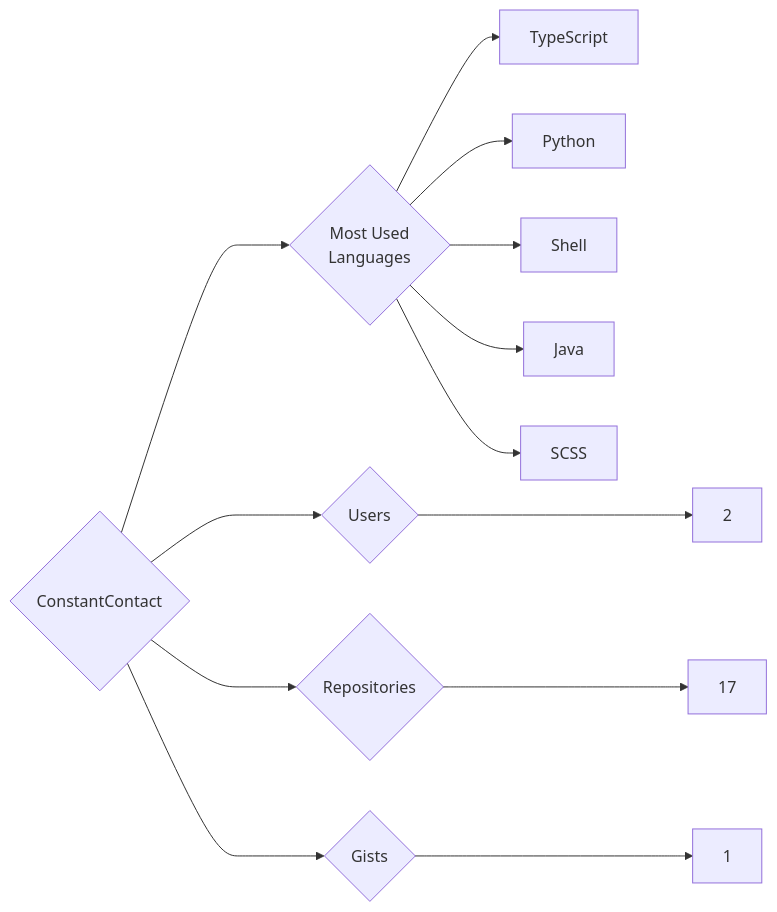
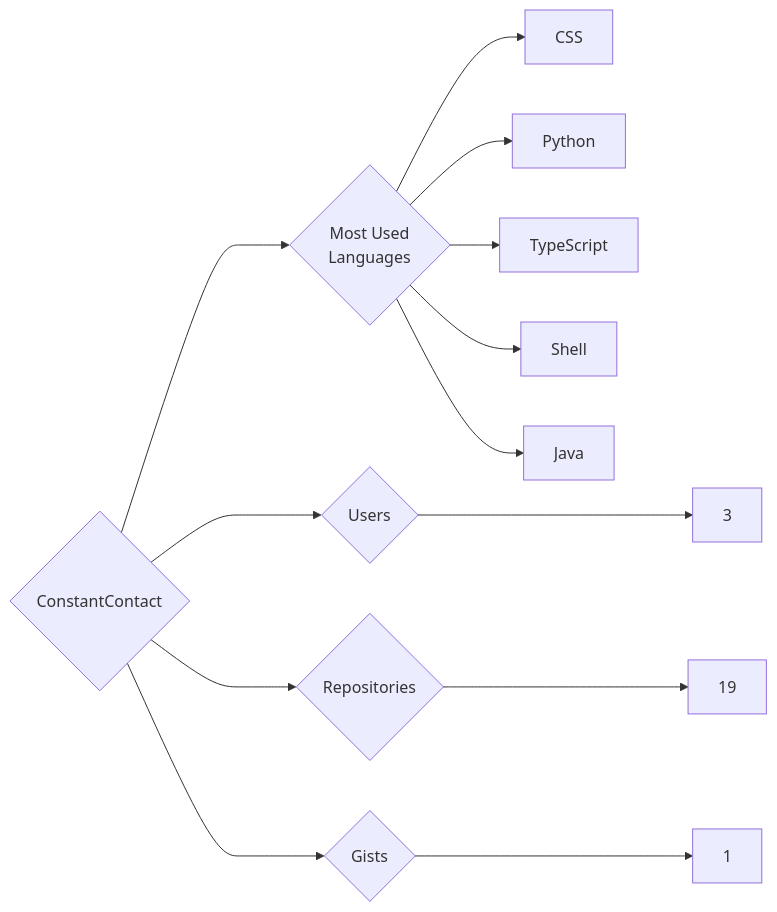
One commit to trickest/insiders changed the diagram in targets/ConstantContact/README.md. Above: the diagram before and after it, drawn with Mermaid. The commit also changed 1092 other files, not shown here.

````diff
--- a/targets/ConstantContact/README.md
+++ b/targets/ConstantContact/README.md
@@ -3,13 +3,13 @@
 ```mermaid
 graph LR
 COMPANY_NAME{ConstantContact}
-COMPANY_NAME ---> U{Users} ---> UN[2]
-COMPANY_NAME ---> R{Repositories} ---> RN[17]
+COMPANY_NAME ---> U{Users} ---> UN[3]
+COMPANY_NAME ---> R{Repositories} ---> RN[19]
 COMPANY_NAME ---> G{Gists} ---> GN[1]
 COMPANY_NAME ---> ML{Most Used<br>Languages}
+ML --> CSS[CSS]
+ML --> Python[Python]
 ML --> TypeScript[TypeScript]
-ML --> Python[Python]
 ML --> Shell[Shell]
 ML --> Java[Java]
-ML --> SCSS[SCSS]
 ```
````
